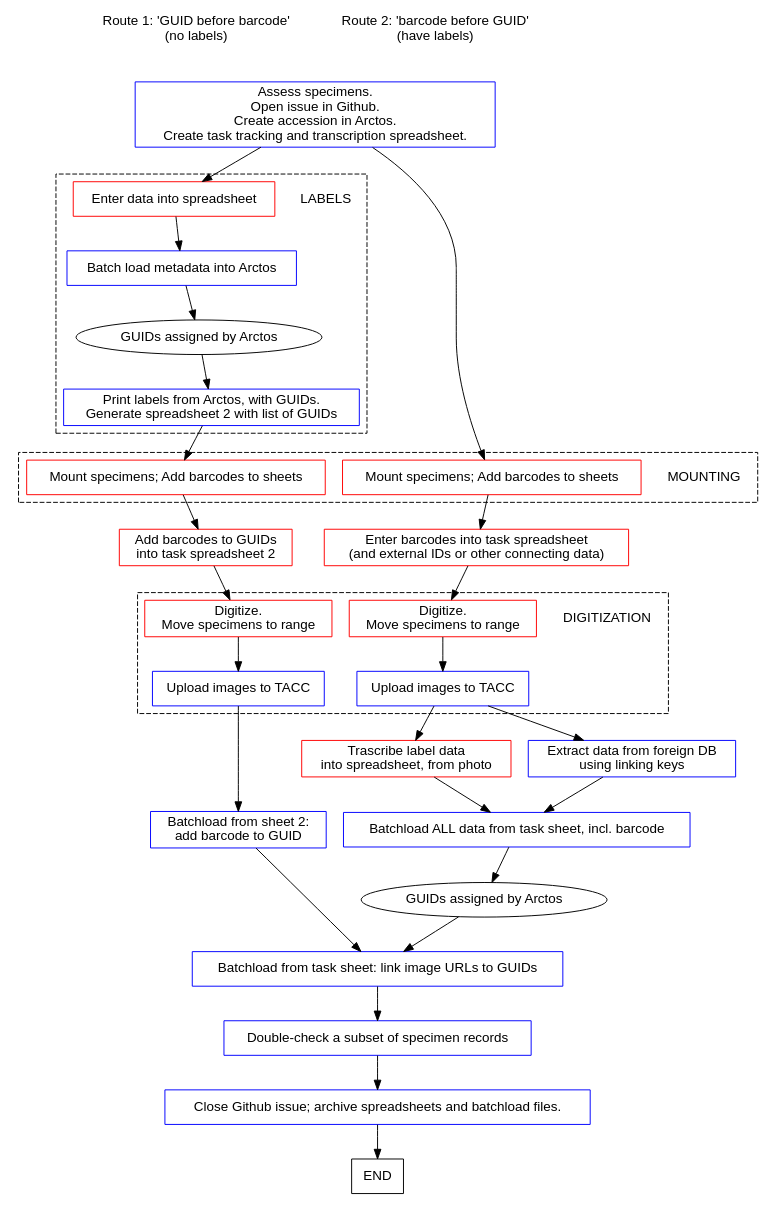
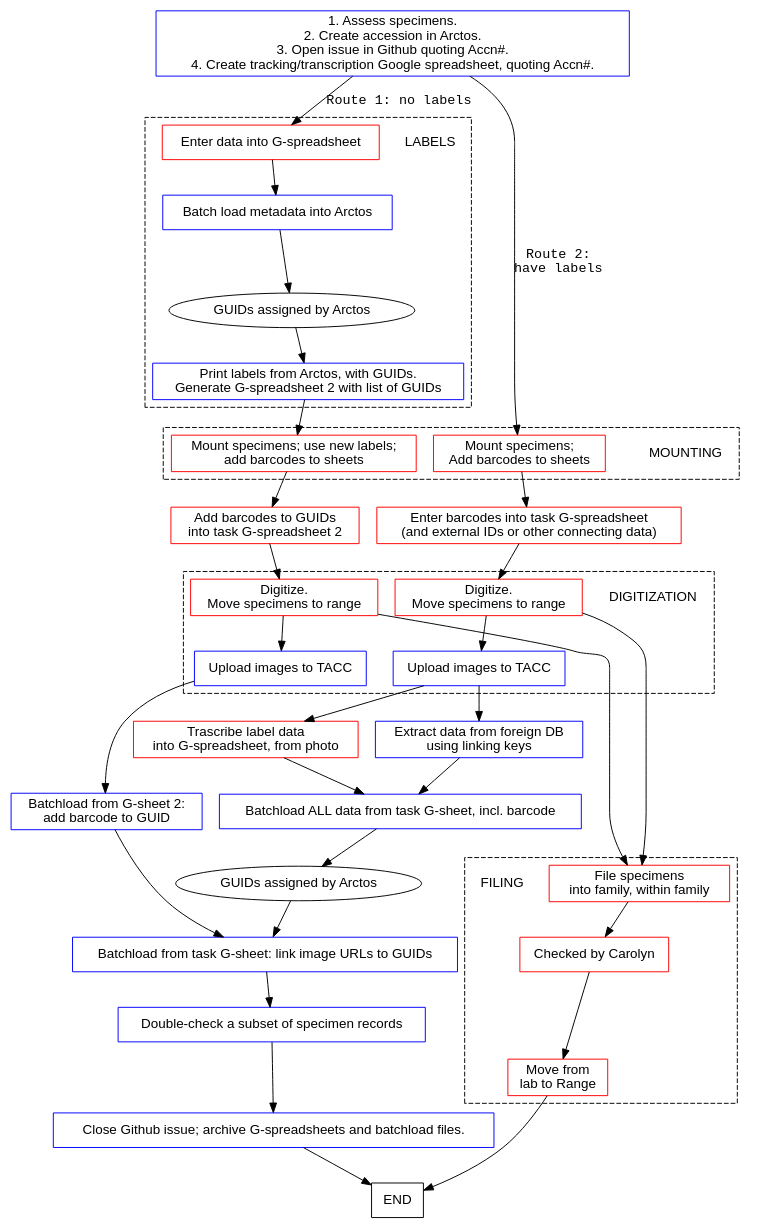
Before and after one commit to ALA-herbarium/documentation: the diagram in img/flow.dot, drawn with Graphviz. The commit also changed 2 other files, not shown here.

```diff
--- a/img/flow.dot
+++ b/img/flow.dot
@@ -8,35 +8,34 @@
     //
     // NODES
     //
-    subgraph labels {
-        rank=same
-        r1 [label="Route 1: 'GUID before barcode'\n(no labels)",
-            shape=plaintext]
-        r2 [label="Route 2: 'barcode before GUID'\n(have labels)",
-            shape=plaintext]
-    }
+    // subgraph labels {
+    //     rank=same
+    //     r1 [label="Route 1: 'GUID before barcode'\n(no labels)",
+    //         shape=plaintext]
+    //     r2 [label="Route 2: 'barcode before GUID'\n(have labels)",
+    //         shape=plaintext]
+    // }
     //
     subgraph clusterLABEL {
         style=dashed
         subgraph {
             rank=same
             LABELS [shape=plaintext]
-            entry [label="Enter data into spreadsheet",
+            entry [label="Enter data into G-spreadsheet",
                    color=red]
         }
         entry2 [label="Batch load metadata into Arctos",
                 color=blue]
         guid1 [label="GUIDs assigned by Arctos",shape=oval]
-        print [label="Print labels from Arctos, with GUIDs.\nGenerate spreadsheet 2 with list of GUIDs",
+        print [label="Print labels from Arctos, with GUIDs.\nGenerate G-spreadsheet 2 with list of GUIDs",
                color=blue]
     }
-    guid2 [label="GUIDs assigned by Arctos",shape=oval]
-    accn [label="Assess specimens.\nOpen issue in Github.\nCreate accession in Arctos.\nCreate task tracking and transcription spreadsheet.",color=blue]
+    accn [label="1. Assess specimens.\n2. Create accession in Arctos.\n3. Open issue in Github quoting Accn#.\n4. Create tracking/transcription Google spreadsheet, quoting Accn#.",color=blue]
     //
     //
     subgraph tl {
         rank=same
-        trans [label="Trascribe label data\ninto spreadsheet, from photo",
+        trans [label="Trascribe label data\ninto G-spreadsheet, from photo",
                color=red] 
         link  [label="Extract data from foreign DB\nusing linking keys",
                color=blue]
@@ -45,9 +44,9 @@
     subgraph clusterbc {
         style=dashed
         rank=same
-        bc1 [label="Mount specimens; Add barcodes to sheets",
+        bc1 [label="Mount specimens; use new labels;\nadd barcodes to sheets",
              color=red]
-        bc2 [label="Mount specimens; Add barcodes to sheets",
+        bc2 [label="Mount specimens;\nAdd barcodes to sheets",
              color=red]
         bc2 -> MOUNTING [style=invis] // to force position
         MOUNTING [shape=plaintext]
@@ -55,9 +54,9 @@
     }
     subgraph table {
         rank=same
-        table1 [label="Add barcodes to GUIDs\ninto task spreadsheet 2",
+        table1 [label="Add barcodes to GUIDs\ninto task G-spreadsheet 2",
                 color=red]
-        table2 [label="Enter barcodes into task spreadsheet\n(and external IDs or other connecting data)",
+        table2 [label="Enter barcodes into task G-spreadsheet\n(and external IDs or other connecting data)",
                 color=red]
     }
     subgraph clusterdigit {        
@@ -76,18 +75,34 @@
     }
     subgraph batch {
         rank=same
-        batch1 [label="Batchload from sheet 2:\nadd barcode to GUID",color=blue]
-        batch2 [label="Batchload ALL data from task sheet, incl. barcode",
+        batch1 [label="Batchload from G-sheet 2:\nadd barcode to GUID",color=blue]
+        batch2 [label="Batchload ALL data from task G-sheet, incl. barcode",
                 color=blue]
     }
-    linkp [label="Batchload from task sheet: link image URLs to GUIDs",
+    linkp [label="Batchload from task G-sheet: link image URLs to GUIDs",
            color=blue]
     dc [label="Double-check a subset of specimen records",color=blue]
-    issue2 [label="Close Github issue; archive spreadsheets and batchload files.",color=blue]
+    issue2 [label="Close Github issue; archive G-spreadsheets and batchload files.",color=blue]
+    subgraph {
+        rank=same
+        guid2
+        file
+        FILING
+    }
+    guid2 [label="GUIDs assigned by Arctos",shape=oval]
+    subgraph clusterfiling {
+        style=dashed
+        file [label="File specimens\ninto family, within family",color=red]
+        FILING [shape=plaintext]
+        carolyn
+        range
+    }
+    carolyn [label="Checked by Carolyn",color=red]
+    range [label="Move from\nlab to Range",color=red]
     //
     // EDGES 1
-    r1 -> accn [style=invis]
-    accn -> entry
+    // r1 -> accn [style=invis]
+    accn -> entry [label="Route 1: no labels"]
     entry -> entry2
     entry2 -> guid1
     guid1 -> print
@@ -99,8 +114,8 @@
     batch1 -> linkp
     //
     // EDGES 2
-    r2 -> accn [style=invis]
-    accn -> bc2
+//    r2 -> accn [style=invis]
+    accn -> bc2 [label="Route 2:\nhave labels"]
     bc2 -> table2
     table2 -> photo2
     photo2 -> upload2
@@ -113,6 +128,10 @@
     //
     // EDGES joint
     linkp -> dc -> issue2 -> END
+    // EDGES specimens
+    photo1 -> file
+    photo2 -> file
+    file -> carolyn -> range -> END
 }
 //     //
 //     icms -> csv1 ;
```
